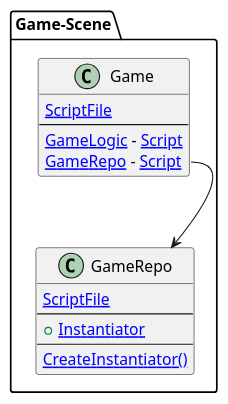
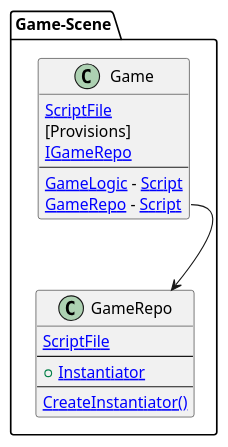
The diagram in src/Chickensoft.UMLGenerator.Tests/Snapshots/BaseProject_Rider_Game.verified.puml (chickensoft-games/UMLGenerator), drawn with PlantUML before and after one commit. The commit also changed 6 other files, not shown here.

```diff
--- a/src/Chickensoft.UMLGenerator.Tests/Snapshots/BaseProject_Rider_Game.verified.puml
+++ b/src/Chickensoft.UMLGenerator.Tests/Snapshots/BaseProject_Rider_Game.verified.puml
@@ -1,24 +1,26 @@
 @startuml
 
 package Game-Scene [[../../TestCases/BaseProject_Rider/Game.tscn]] {
 	
 class Game  {
 	[[../../Game/Game.cs ScriptFile]]
+	[Provisions]
+	[[../../Game/Game.cs:15 IGameRepo]]
 --
 [[../../Game/Game.cs:22 GameLogic]] - [[../../TestCases/BaseProject_Rider/Logic/GameLogic.cs Script]]
 	[[../../Game/Game.cs:21 GameRepo]] - [[../../TestCases/BaseProject_Rider/Domain/GameRepo.cs Script]]
 }
 
 	
 class GameRepo  {
 	[[../../TestCases/BaseProject_Rider/Domain/GameRepo.cs ScriptFile]]
 --
 + [[../../TestCases/BaseProject_Rider/Domain/GameRepo.cs:15 Instantiator]]
 --
 [[../../TestCases/BaseProject_Rider/Domain/GameRepo.cs:17 CreateInstantiator()]]
 }
 
 	Game::GameRepo --> GameRepo
 }
 
 @enduml
```
